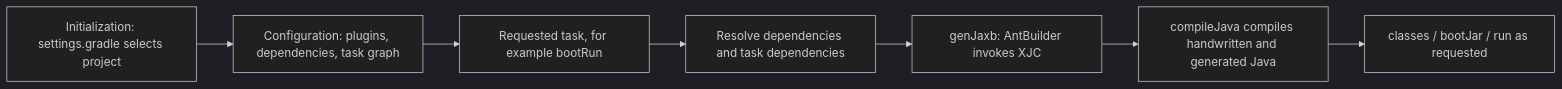
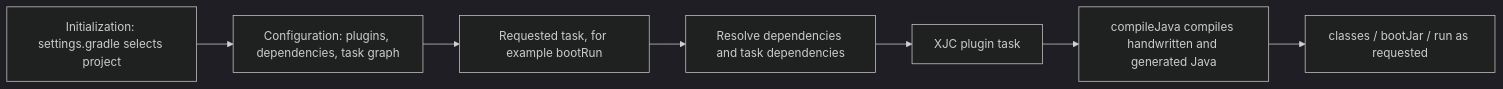
One commit to mohamedashfaq01/spring-boot-jaxb-ant-codegen changed the sixth of 9 diagrams in docs/SOAP_WSDL_XSD_JAXB_ANT_GRADLE_GUIDE.md. Above: the diagram before and after it, drawn with Mermaid (dark theme). The commit also changed other lines of this file and 74 other files, not shown here.

Commit message:
Remove obsolete files and migrate to Gradle XJC plugin for JAXB generation

````diff
--- a/docs/SOAP_WSDL_XSD_JAXB_ANT_GRADLE_GUIDE.md
+++ b/docs/SOAP_WSDL_XSD_JAXB_ANT_GRADLE_GUIDE.md
@@ -373,9 +373,9 @@
 ```mermaid
 flowchart LR
     Init[Initialization: settings.gradle selects project] --> Config[Configuration: plugins, dependencies, task graph]
     Config --> Select[Requested task, for example bootRun]
     Select --> Graph[Resolve dependencies and task dependencies]
-    Graph --> Gen[genJaxb: AntBuilder invokes XJC]
+    Graph --> Gen[XJC plugin task]
     Gen --> Compile[compileJava compiles handwritten and generated Java]
     Compile --> Package[classes / bootJar / run as requested]
 ```
````
